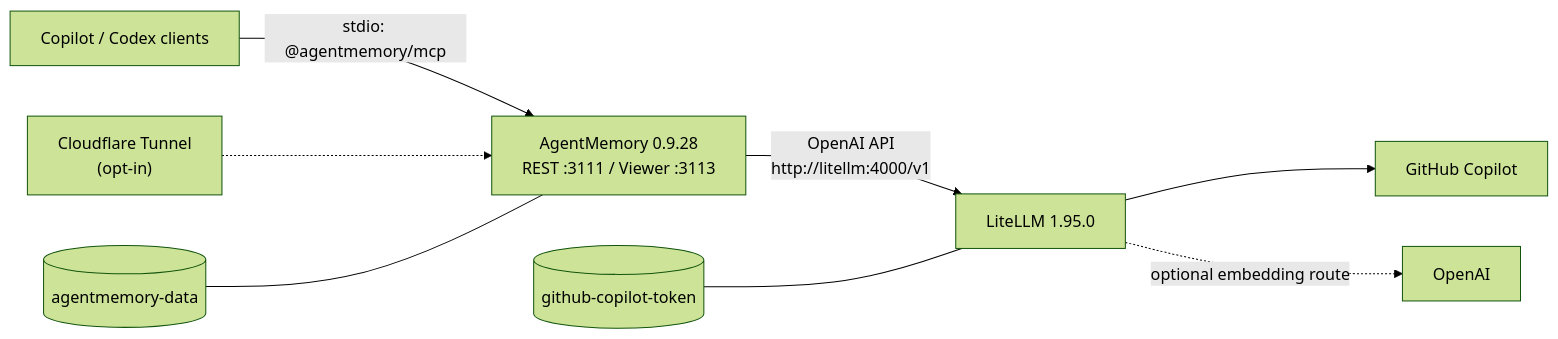
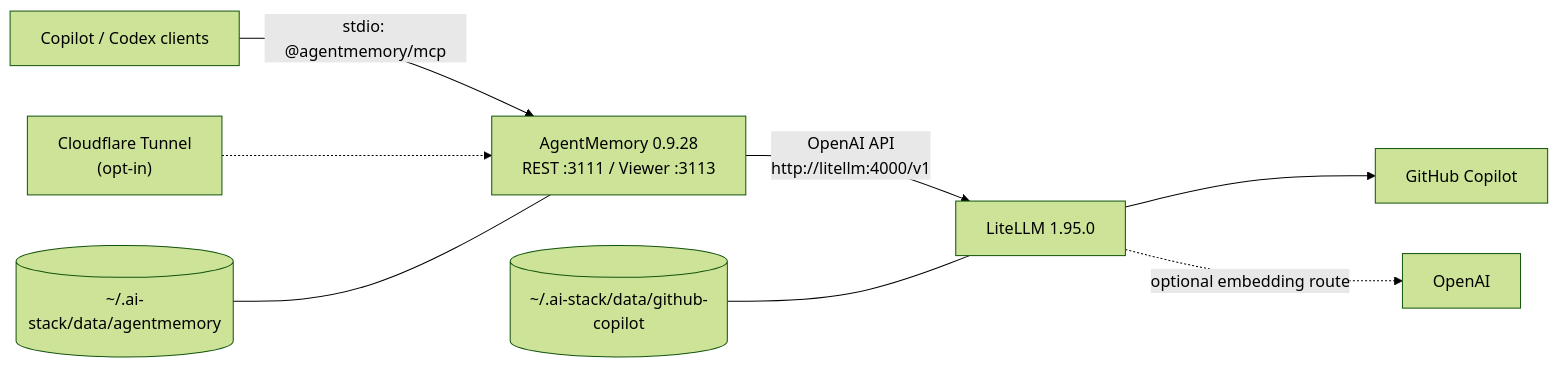
The diagram in README.md (tldrr/ai-stack), drawn with Mermaid (forest theme) before and after one commit. The commit also changed other lines of this file and 7 other files, not shown here.

````diff
--- a/README.md
+++ b/README.md
@@ -48,10 +48,10 @@
 ```mermaid
 flowchart LR
   Clients["Copilot / Codex clients"] -->|"stdio: @agentmemory/mcp"| AM
   AM["AgentMemory 0.9.28<br/>REST :3111 / Viewer :3113"] -->|"OpenAI API<br/>http://litellm:4000/v1"| LL
   LL["LiteLLM 1.95.0"] --> Copilot["GitHub Copilot"]
   LL -. "optional embedding route" .-> OpenAI["OpenAI"]
   CF["Cloudflare Tunnel<br/>(opt-in)"] -.-> AM
-  V1[("agentmemory-data")] --- AM
-  V2[("github-copilot-token")] --- LL
+  V1[("~/.ai-stack/data/agentmemory")] --- AM
+  V2[("~/.ai-stack/data/github-copilot")] --- LL
 ```
````
